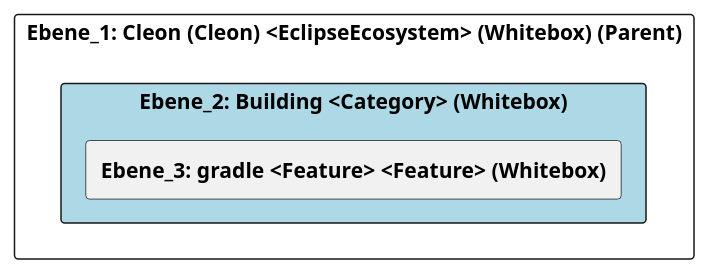
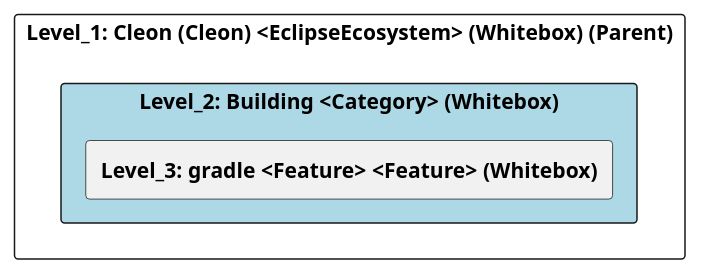
Before and after one commit to marcozwyssig/cleon: the diagram in doc/cleonproject_deliverables_architecture_model_architecture/adoc/de/05_bausteinsicht/cleon/building/ebene_2_building.adoc, drawn with PlantUML. The commit also changed other lines of this file and 83 other files, not shown here.

```diff
--- a/doc/cleonproject_deliverables_architecture_model_architecture/adoc/de/05_bausteinsicht/cleon/building/ebene_2_building.adoc
+++ b/doc/cleonproject_deliverables_architecture_model_architecture/adoc/de/05_bausteinsicht/cleon/building/ebene_2_building.adoc
@@ -21,24 +21,24 @@
-[plantuml, Ebene_2: Building <Category> (Whitebox)BlockOverview, format="svg"]
+[plantuml, Level_2: Building <Category> (Whitebox)BlockOverview, format="svg"]
 ----
-@startuml Ebene_2: Building <Category> (Whitebox)BuildingBlockOverview
+@startuml Level_2: Building <Category> (Whitebox)BuildingBlockOverview
 
 skinparam ranksep 10
 skinparam componentStyle rectangle
 skinparam shadowing false
 skinparam arrowColor lightblue
 skinparam arrowThickness 1.2
 skinparam rectangle {
   BackgroundColor White
   BorderColor #333
   RoundCorner 10
 }
 top to bottom direction
 
-component "Ebene_1: Cleon (Cleon) <EclipseEcosystem> (Whitebox) (Parent)" {
-    component "Ebene_2: Building <Category> (Whitebox)" #lightblue {
-        [**Ebene_3: gradle <Feature> <Feature> (Whitebox)**] as 4905A64E_D579_11EE_903E_9F564E4DE07E
+component "Level_1: Cleon (Cleon) <EclipseEcosystem> (Whitebox) (Parent)" {
+    component "Level_2: Building <Category> (Whitebox)" #lightblue {
+        [**Level_3: gradle <Feature> <Feature> (Whitebox)**] as 4905A64E_D579_11EE_903E_9F564E4DE07E
     }
 }
 
 @enduml
 ----
```
